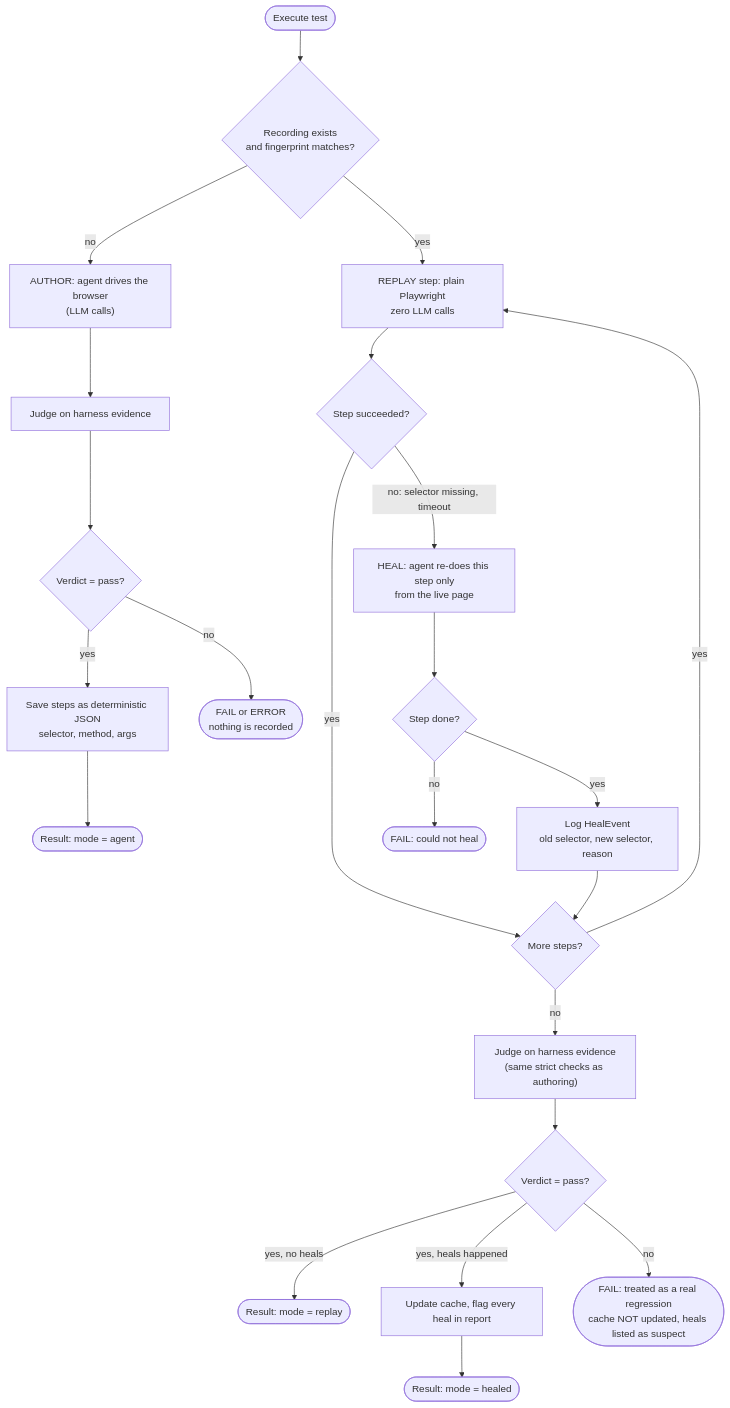
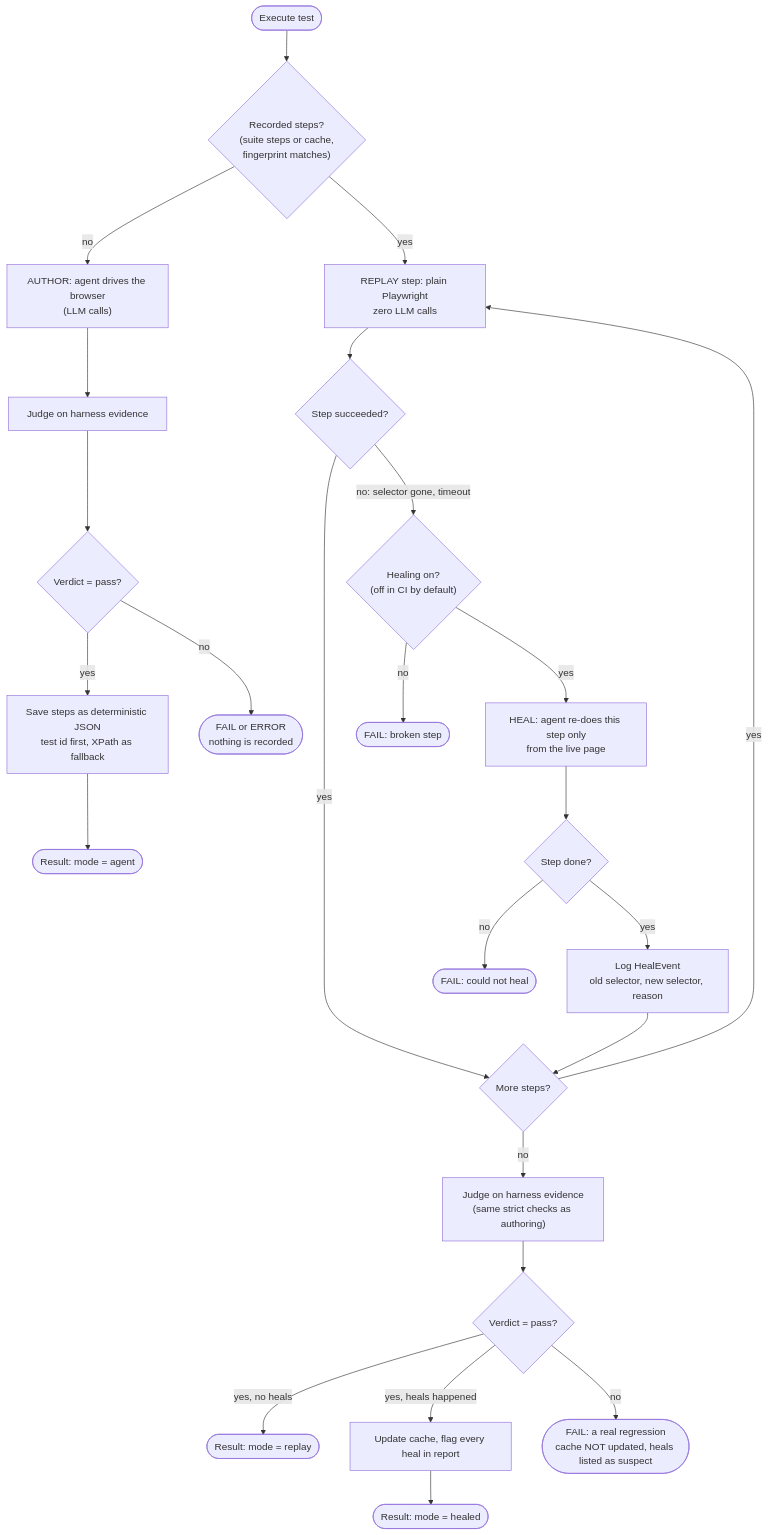
The diagram in docs/diagrams/03-record-replay-heal.mmd (Roh4n-1729/AI-E2E-Testing-Agent), drawn with Mermaid before and after one commit. The commit also changed 55 other files, not shown here.

```diff
--- a/docs/diagrams/03-record-replay-heal.mmd
+++ b/docs/diagrams/03-record-replay-heal.mmd
@@ -1,25 +1,27 @@
 flowchart TD
-  start([Execute test]) --> hasRec{"Recording exists<br/>and fingerprint matches?"}
+  start([Execute test]) --> hasRec{"Recorded steps?<br/>(suite steps or cache,<br/>fingerprint matches)"}
 
   hasRec -- no --> author["AUTHOR: agent drives the browser<br/>(LLM calls)"]
   author --> judgeA["Judge on harness evidence"]
   judgeA --> okA{Verdict = pass?}
-  okA -- yes --> save["Save steps as deterministic JSON<br/>selector, method, args"]
+  okA -- yes --> save["Save steps as deterministic JSON<br/>test id first, XPath as fallback"]
   okA -- no --> failA(["FAIL or ERROR<br/>nothing is recorded"])
   save --> doneA([Result: mode = agent])
 
   hasRec -- yes --> replay["REPLAY step: plain Playwright<br/>zero LLM calls"]
   replay --> stepOk{Step succeeded?}
   stepOk -- yes --> more{More steps?}
-  stepOk -- "no: selector missing, timeout" --> heal["HEAL: agent re-does this step only<br/>from the live page"]
+  stepOk -- "no: selector gone, timeout" --> healOn{"Healing on?<br/>(off in CI by default)"}
+  healOn -- no --> failS(["FAIL: broken step"])
+  healOn -- yes --> heal["HEAL: agent re-does this step only<br/>from the live page"]
   heal --> healOk{Step done?}
   healOk -- no --> failH(["FAIL: could not heal"])
   healOk -- yes --> log["Log HealEvent<br/>old selector, new selector, reason"]
   log --> more
   more -- yes --> replay
   more -- no --> judgeR["Judge on harness evidence<br/>(same strict checks as authoring)"]
   judgeR --> okR{Verdict = pass?}
   okR -- "yes, no heals" --> doneR([Result: mode = replay])
   okR -- "yes, heals happened" --> upd["Update cache, flag every heal in report"]
   upd --> doneH([Result: mode = healed])
-  okR -- no --> realFail(["FAIL: treated as a real regression<br/>cache NOT updated, heals listed as suspect"])
+  okR -- no --> realFail(["FAIL: a real regression<br/>cache NOT updated, heals listed as suspect"])
```
